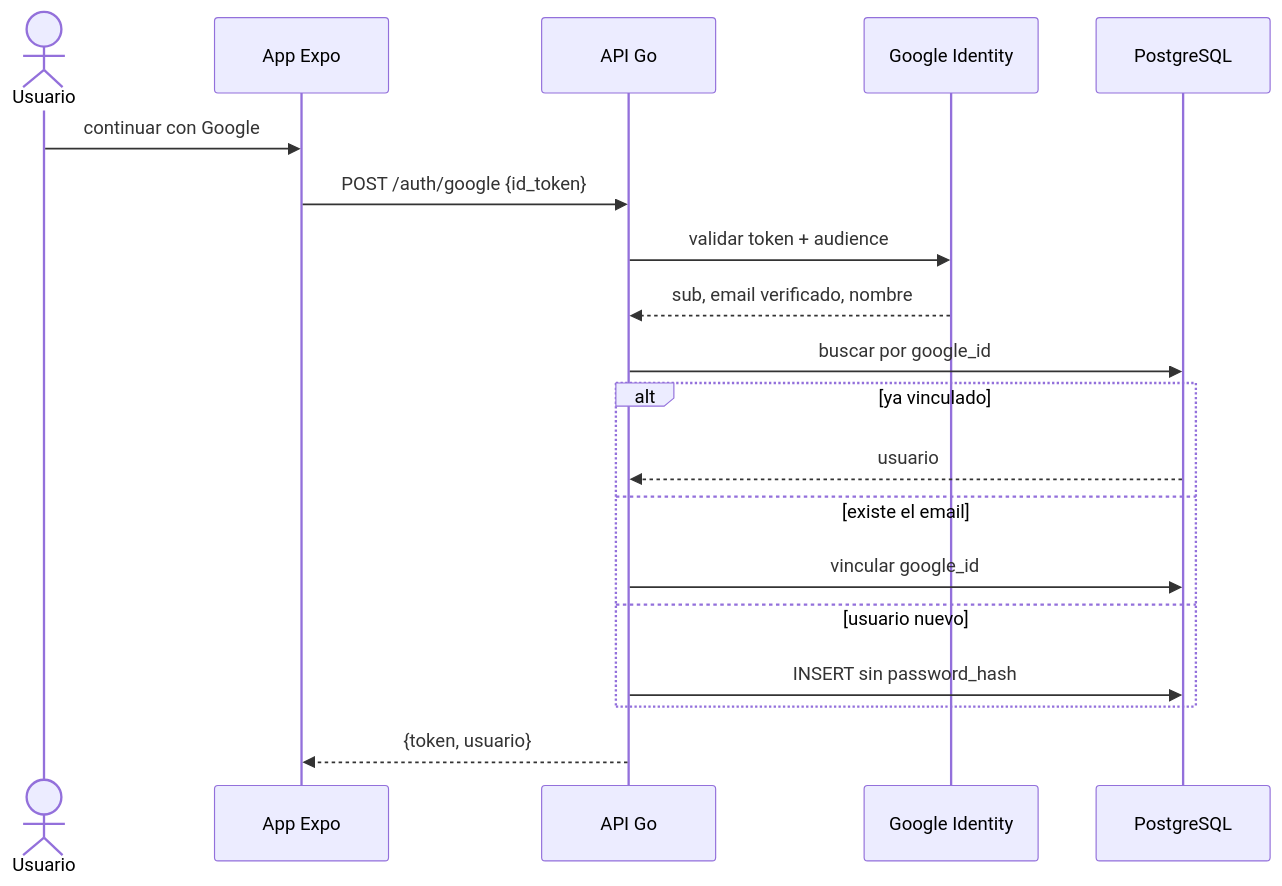
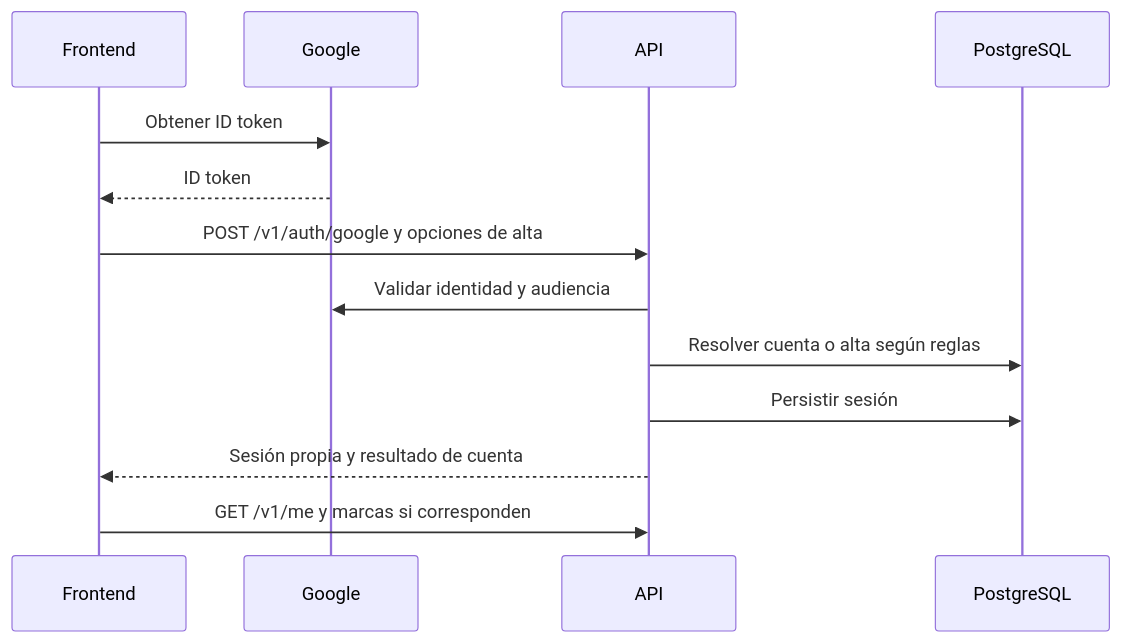
Before and after one commit to gagonzalez1/puntazo-docs: the diagram in docs/sequences/03-google.md, drawn with Mermaid. The commit also changed other lines of this file and 42 other files, not shown here.

Commit message:
docs: reconcile current Puntazo architecture and deployed environments

````diff
--- a/docs/sequences/03-google.md
+++ b/docs/sequences/03-google.md
@@ -16,21 +17,15 @@
 ```mermaid
 sequenceDiagram
-    actor U as Usuario
-    participant APP as App Expo
-    participant API as API Go
-    participant G as Google Identity
-    participant DB as PostgreSQL
-    U->>APP: continuar con Google
-    APP->>API: POST /auth/google {id_token}
-    API->>G: validar token + audience
-    G-->>API: sub, email verificado, nombre
-    API->>DB: buscar por google_id
-    alt ya vinculado
-      DB-->>API: usuario
-    else existe el email
-      API->>DB: vincular google_id
-    else usuario nuevo
-      API->>DB: INSERT sin password_hash
-    end
-    API-->>APP: {token, usuario}
+ participant F as Frontend
+ participant G as Google
+ participant A as API
+ participant P as PostgreSQL
+ F->>G: Obtener ID token
+ G-->>F: ID token
+ F->>A: POST /v1/auth/google y opciones de alta
+ A->>G: Validar identidad y audiencia
+ A->>P: Resolver cuenta o alta según reglas
+ A->>P: Persistir sesión
+ A-->>F: Sesión propia y resultado de cuenta
+ F->>A: GET /v1/me y marcas si corresponden
 ```
````
